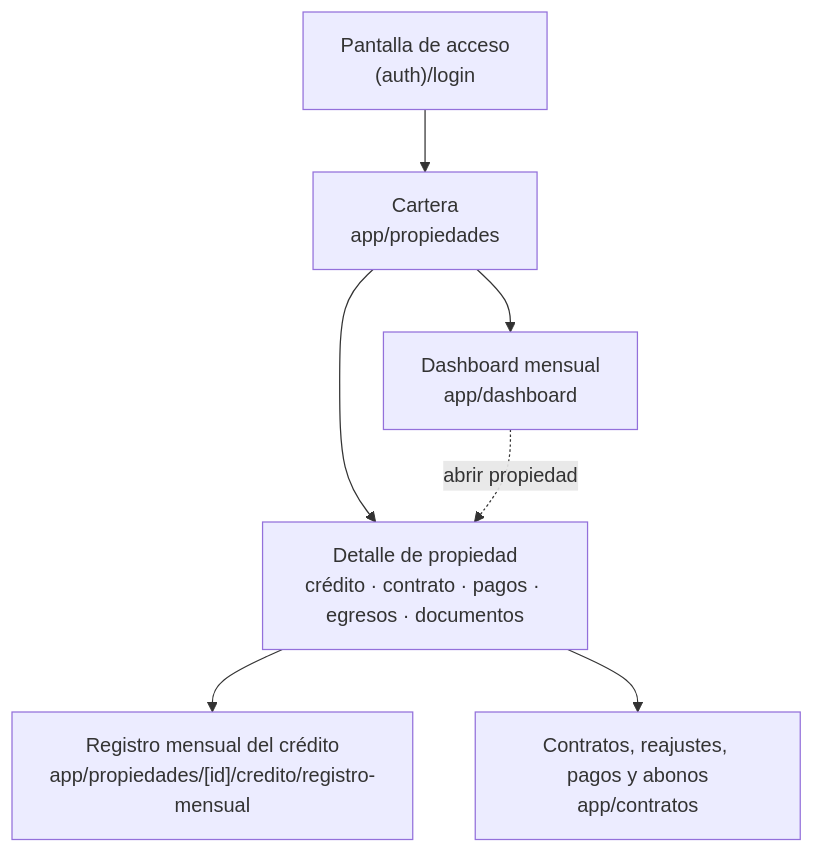
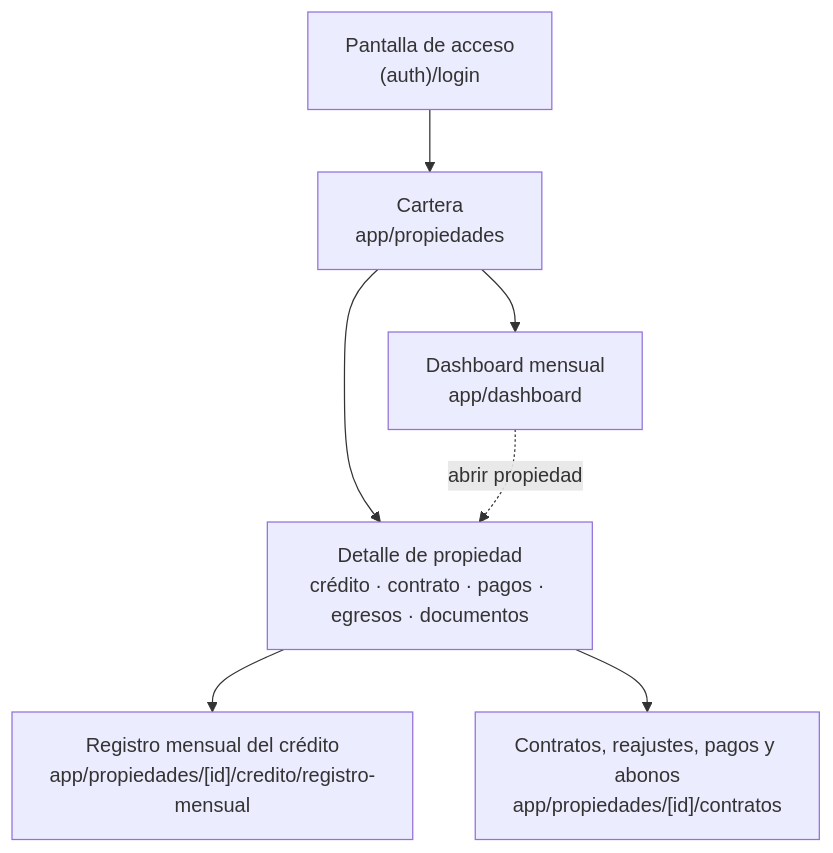
One commit to elianasaraith/feature-entrega-1-ESRF changed the first of 5 diagrams in readme.md. Above: the diagram before and after it, drawn with Mermaid. The commit also changed other lines of this file and 14 other files, not shown here.

````diff
--- a/readme.md
+++ b/readme.md
@@ -134,9 +131,9 @@
 ```mermaid
 flowchart TD
     Login["Pantalla de acceso<br/>(auth)/login"] --> Cartera["Cartera<br/>app/propiedades"]
     Cartera --> Detalle["Detalle de propiedad<br/>crédito · contrato · pagos · egresos · documentos"]
     Cartera --> Dashboard["Dashboard mensual<br/>app/dashboard"]
     Detalle --> Registro["Registro mensual del crédito<br/>app/propiedades/[id]/credito/registro-mensual"]
-    Detalle --> Contrato["Contratos, reajustes, pagos y abonos<br/>app/contratos"]
+    Detalle --> Contrato["Contratos, reajustes, pagos y abonos<br/>app/propiedades/[id]/contratos"]
     Dashboard -.->|"abrir propiedad"| Detalle
 ```
````
